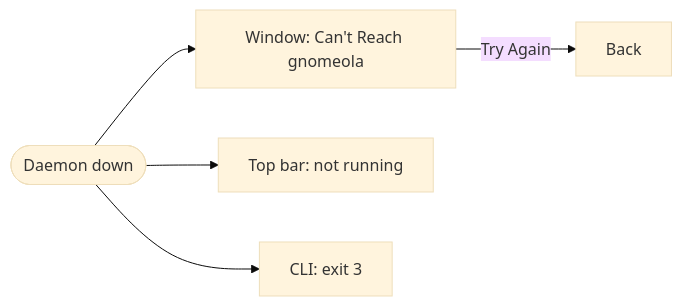
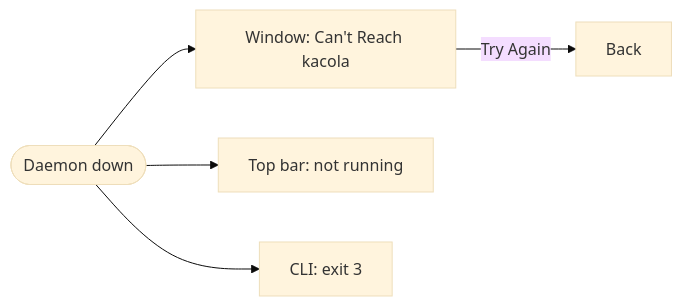
One commit to Kacper-Lubisz/kacola changed diagram 31 of 44 in docs/user-stories.md. Above: the diagram before and after it, drawn with Mermaid (base theme). The commit also changed other lines of this file and 676 other files, not shown here.

First line of the commit message:
Rename gnomeola to kacola: packages, commands, ids, env vars, paths and text

````diff
--- a/docs/user-stories.md
+++ b/docs/user-stories.md
@@ -801,10 +801,10 @@
 ```mermaid
 flowchart LR
-  A([Daemon down]) --> B[Window: Can't Reach gnomeola]
+  A([Daemon down]) --> B[Window: Can't Reach kacola]
   B -->|Try Again| C[Back]
   A --> D[Top bar: not running]
   A --> E[CLI: exit 3]
   %% shot: B = daemon-down__window__cant-reach
   %% shot: D = daemon-down__topbar__not-running
   %% shot: E = daemon-down__cli__exit-3
 ```
````
